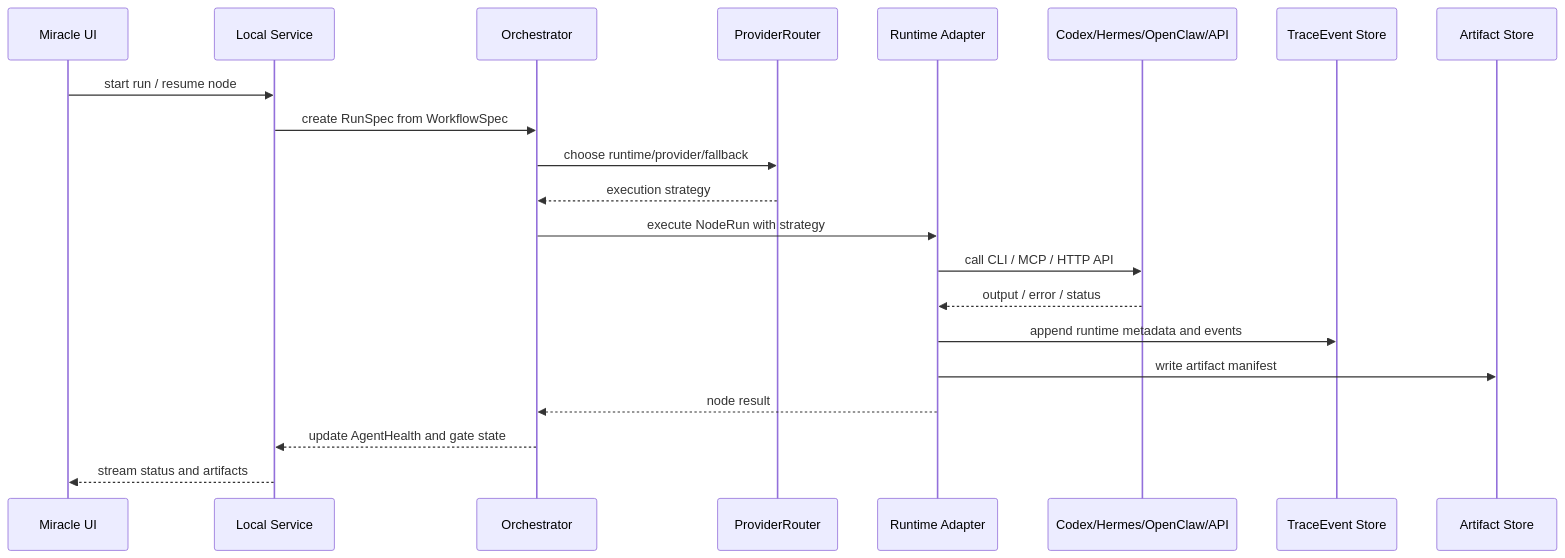
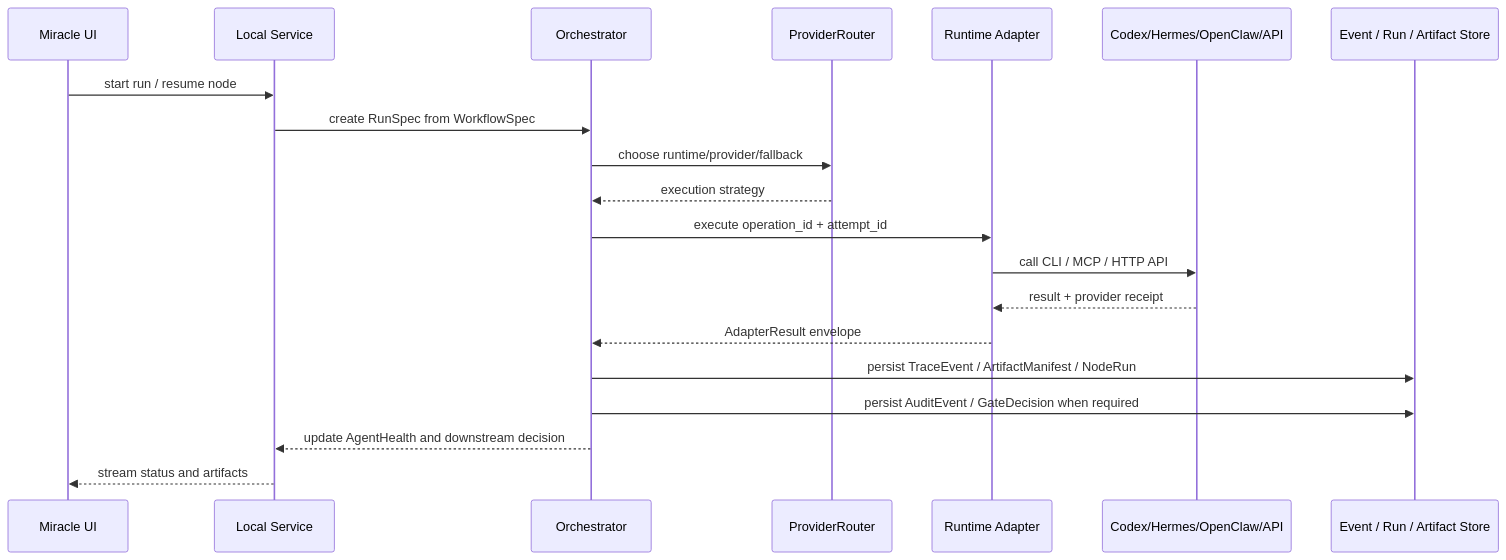
Before and after one commit to haozhangyue/miracle-agent: the fourth of 7 diagrams in 14_技术架构选型与系统架构图.md, drawn with Mermaid. The commit also changed other lines of this file and 17 other files, not shown here.

````diff
--- a/14_技术架构选型与系统架构图.md
+++ b/14_技术架构选型与系统架构图.md
@@ -191,24 +202,23 @@
 ```mermaid
 sequenceDiagram
   participant UI as Miracle UI
   participant SVC as Local Service
   participant ORCH as Orchestrator
   participant ROUTER as ProviderRouter
   participant ADP as Runtime Adapter
   participant RUNTIME as Codex/Hermes/OpenClaw/API
-  participant TRACE as TraceEvent Store
-  participant ART as Artifact Store
+  participant STORE as Event / Run / Artifact Store
 
   UI->>SVC: start run / resume node
   SVC->>ORCH: create RunSpec from WorkflowSpec
   ORCH->>ROUTER: choose runtime/provider/fallback
   ROUTER-->>ORCH: execution strategy
-  ORCH->>ADP: execute NodeRun with strategy
+  ORCH->>ADP: execute operation_id + attempt_id
   ADP->>RUNTIME: call CLI / MCP / HTTP API
-  RUNTIME-->>ADP: output / error / status
-  ADP->>TRACE: append runtime metadata and events
-  ADP->>ART: write artifact manifest
-  ADP-->>ORCH: node result
-  ORCH-->>SVC: update AgentHealth and gate state
+  RUNTIME-->>ADP: result + provider receipt
+  ADP-->>ORCH: AdapterResult envelope
+  ORCH->>STORE: persist TraceEvent / ArtifactManifest / NodeRun
+  ORCH->>STORE: persist AuditEvent / GateDecision when required
+  ORCH-->>SVC: update AgentHealth and downstream decision
   SVC-->>UI: stream status and artifacts
 ```
````
